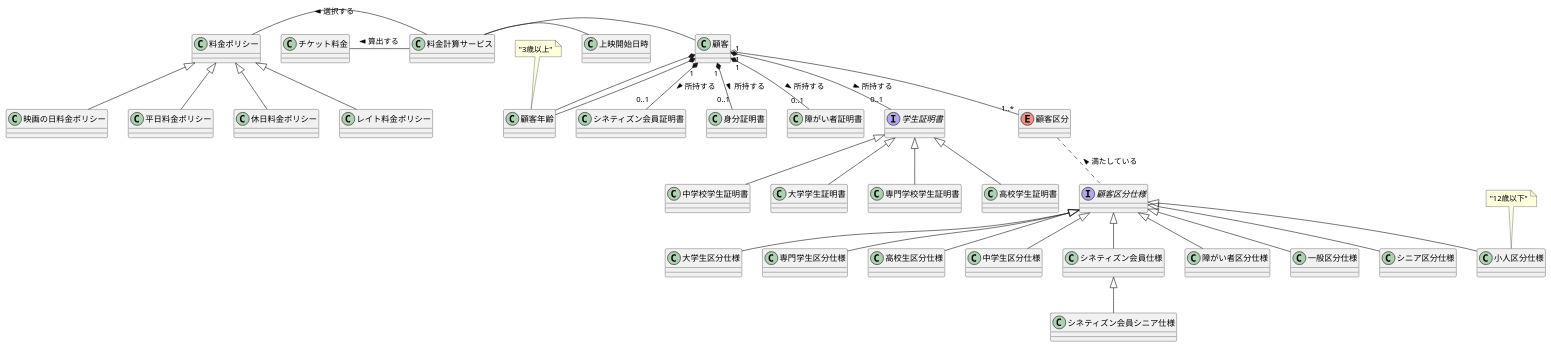
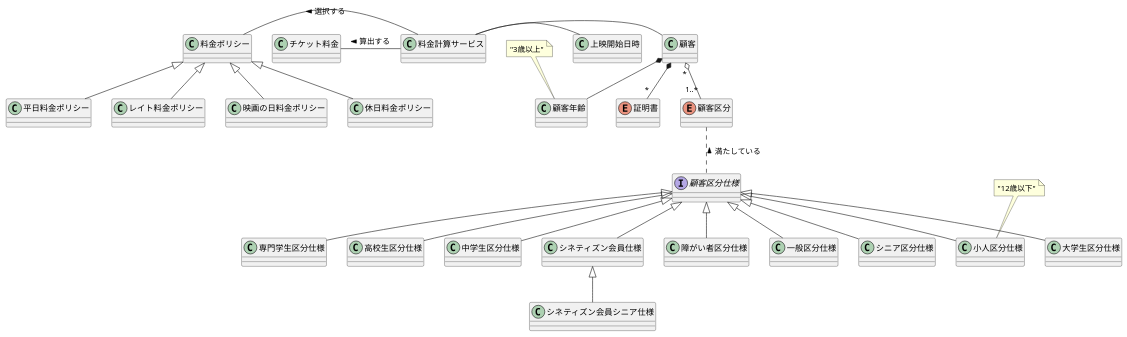
One commit to blue32a/ticket-price-modeling changed the diagram in docs/diagram.pu. Above: the diagram before and after it, drawn with PlantUML. The commit also changed 30 other files, not shown here.

```diff
--- a/docs/diagram.pu
+++ b/docs/diagram.pu
@@ -1,40 +1,32 @@
 @startuml チケット料金
-顧客 *-- 顧客年齢
-interface 学生証明書
 interface 顧客区分仕様
 class 上映開始日時
 enum 顧客区分
+enum 証明書
 
 顧客 *-- 顧客年齢
 note top of 顧客年齢 : "3歳以上"
-顧客 "1" o-- "1..*" 顧客区分
-顧客 "1" *-- "0..1" シネティズン会員証明書 : > 所持する
-顧客 "1" *-- "0..1" 身分証明書 : > 所持する
-顧客 "1" *-- "0..1" 学生証明書 : > 所持する
-顧客 "1" *-- "0..1" 障がい者証明書 : > 所持する
-学生証明書 <|-- 大学学生証明書
-学生証明書 <|-- 専門学校学生証明書
-学生証明書 <|-- 高校学生証明書
-学生証明書 <|-- 中学校学生証明書
+顧客 *-- "*" 証明書
+顧客 "*" o-- "1..*" 顧客区分
 顧客区分 .. 顧客区分仕様 : < 満たしている
 顧客区分仕様 <|-- シネティズン会員仕様
 シネティズン会員仕様 <|-- シネティズン会員シニア仕様
 顧客区分仕様 <|-- 一般区分仕様
 顧客区分仕様 <|-- シニア区分仕様
 顧客区分仕様 <|-- 大学生区分仕様
 顧客区分仕様 <|-- 専門学生区分仕様
 顧客区分仕様 <|-- 高校生区分仕様
 顧客区分仕様 <|-- 中学生区分仕様
 顧客区分仕様 <|-- 小人区分仕様
 note top of 小人区分仕様 : "12歳以下"
 顧客区分仕様 <|-- 障がい者区分仕様
 料金ポリシー <|-- 平日料金ポリシー
 料金ポリシー <|-- 休日料金ポリシー
 料金ポリシー <|-- レイト料金ポリシー
 料金ポリシー <|-- 映画の日料金ポリシー
 
 料金計算サービス - 顧客
 料金計算サービス - 上映開始日時
 料金計算サービス - 料金ポリシー : > 選択する
 チケット料金 - 料金計算サービス : < 算出する
 @enduml
```
